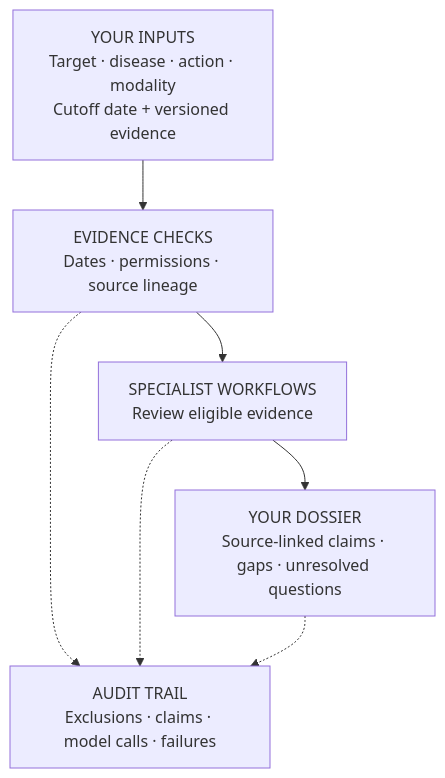
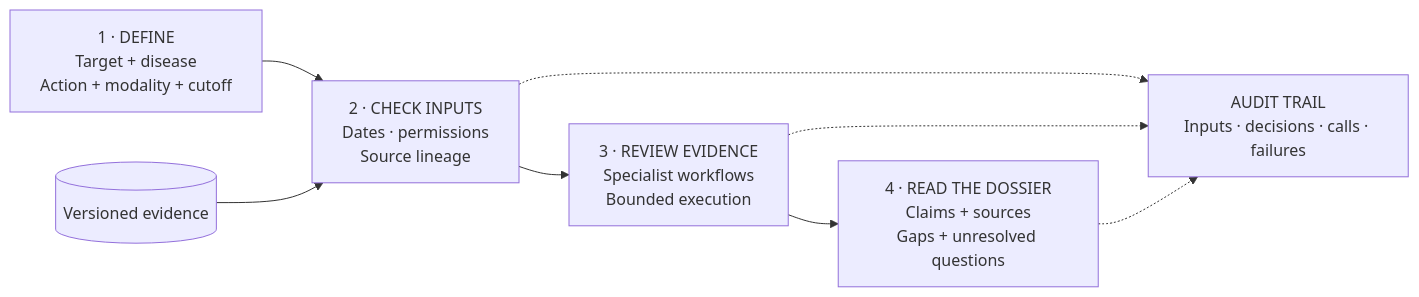
The diagram in README.md (rzzli/TETHER), drawn with Mermaid before and after one commit. The commit also changed other lines of this file, not shown here.

Commit message:
Simplify README around the evidence workflow and quick start

````diff
--- a/README.md
+++ b/README.md
@@ -17,10 +17,11 @@
 ```mermaid
-flowchart TD
-    Q["YOUR INPUTS<br/>Target · disease · action · modality<br/>Cutoff date + versioned evidence"] --> G
-    G["EVIDENCE CHECKS<br/>Dates · permissions · source lineage"] --> S
-    S["SPECIALIST WORKFLOWS<br/>Review eligible evidence"] --> D
-    D["YOUR DOSSIER<br/>Source-linked claims · gaps · unresolved questions"]
-    G -.-> R["AUDIT TRAIL<br/>Exclusions · claims · model calls · failures"]
-    S -.-> R
-    D -.-> R
+flowchart LR
+    Q["1 · DEFINE<br/>Target + disease<br/>Action + modality + cutoff"] --> G
+    E[("Versioned evidence")] --> G
+    G["2 · CHECK INPUTS<br/>Dates · permissions<br/>Source lineage"] --> S
+    S["3 · REVIEW EVIDENCE<br/>Specialist workflows<br/>Bounded execution"] --> D
+    D["4 · READ THE DOSSIER<br/>Claims + sources<br/>Gaps + unresolved questions"]
+    G -.-> A["AUDIT TRAIL<br/>Inputs · decisions · calls · failures"]
+    S -.-> A
+    D -.-> A
 ```
````
